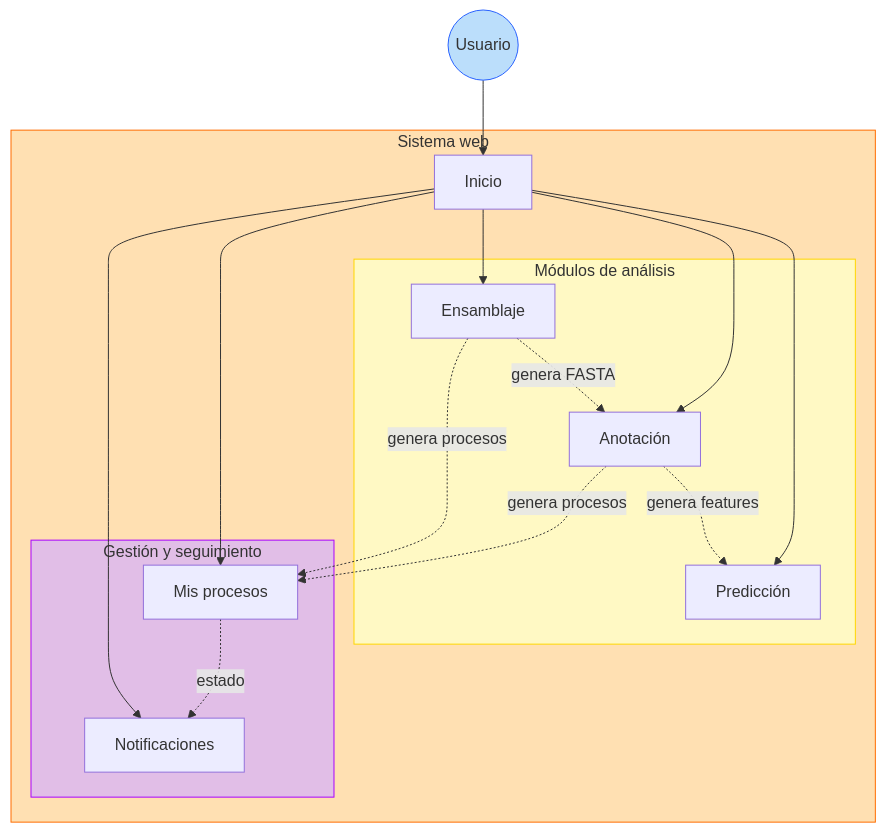
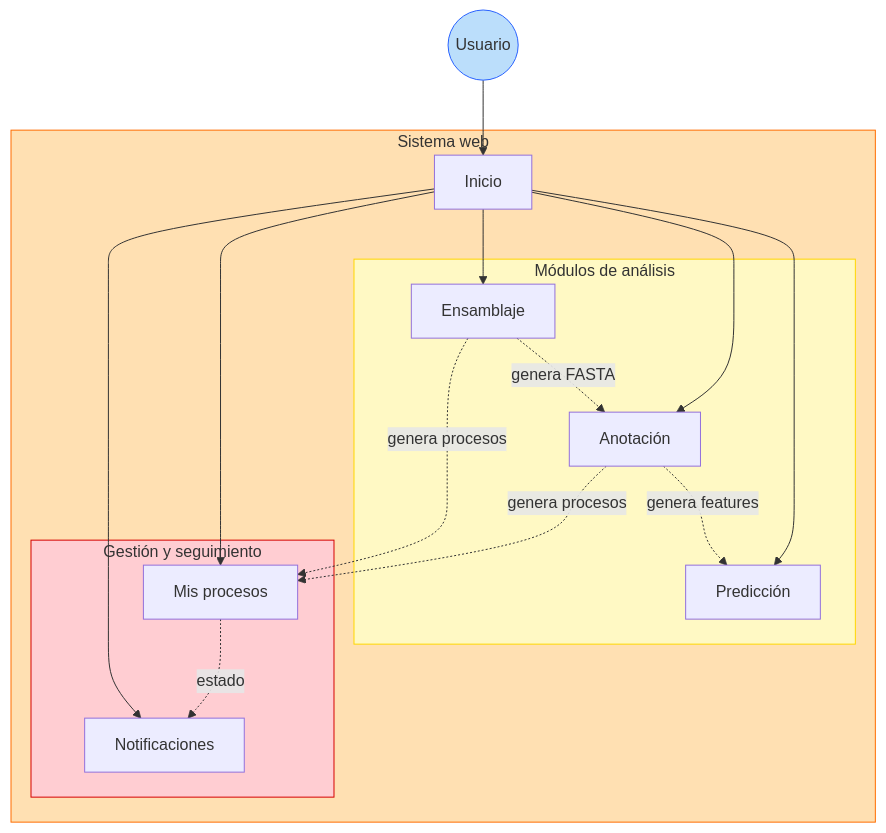
Before and after one commit to mquirosq/tfg-memoria: the diagram in figures/diagramas/navegacion.mmd, drawn with Mermaid. The commit also changed 2 other files, not shown here.

Commit message:
Updated navigation diagram

```diff
--- a/figures/diagramas/navegacion.mmd
+++ b/figures/diagramas/navegacion.mmd
@@ -1,32 +1,32 @@
 ---
 config:
   layout: dagre
 ---
 flowchart TB
  subgraph Analisis["Módulos de análisis"]
         Ens["Ensamblaje"]
         Anot["Anotación"]
         Pred["Predicción"]
   end
  subgraph Gestion["Gestión y seguimiento"]
         Proc["Mis procesos"]
         Notif["Notificaciones"]
   end
  subgraph Web["Sistema web"]
         Home["Inicio"]
         Analisis
         Gestion
   end
     User(("Usuario")) --> Home
     Home --> Ens & Proc & Notif
     Ens -. genera procesos .-> Proc
     Anot -. genera procesos .-> Proc
     Ens -. genera FASTA .-> Anot
     Anot -. genera features .-> Pred
     Proc -. estado .-> Notif
     Home --> Anot & Pred
 
     style Analisis fill:#FFF9C4,stroke:#FFD600
-    style Gestion fill:#E1BEE7,stroke:#AA00FF
+    style Gestion fill:#FFCDD2,stroke:#D50000
     style User fill:#BBDEFB,stroke:#2962FF
     style Web fill:#FFE0B2,stroke:#FF6D00
```
